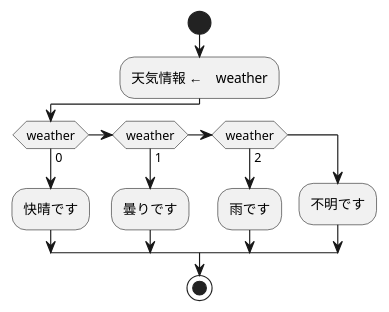
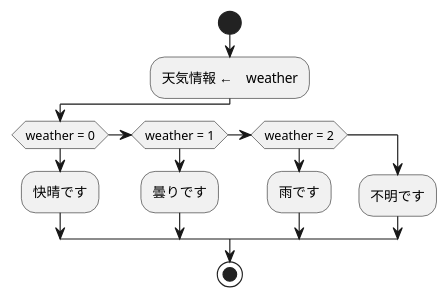
Before and after one commit to Aso2001189/2021sys-design: the diagram in challenge.md, drawn with PlantUML.

````diff
--- a/challenge.md
+++ b/challenge.md
@@ -1,18 +1,18 @@
 ```uml
 @startuml
 start
 :天気情報 ←　weather;
 
-if(weather)then(0)
+if(weather = 0)
 :快晴です;
-elseif(weather) then(1)
+elseif(weather = 1) 
 :曇りです;
-elseif(weather) then(2)
+elseif(weather = 2) 
 :雨です;
 else 
 :不明です;
 endif
 
 stop
 @enduml
 ```
````
